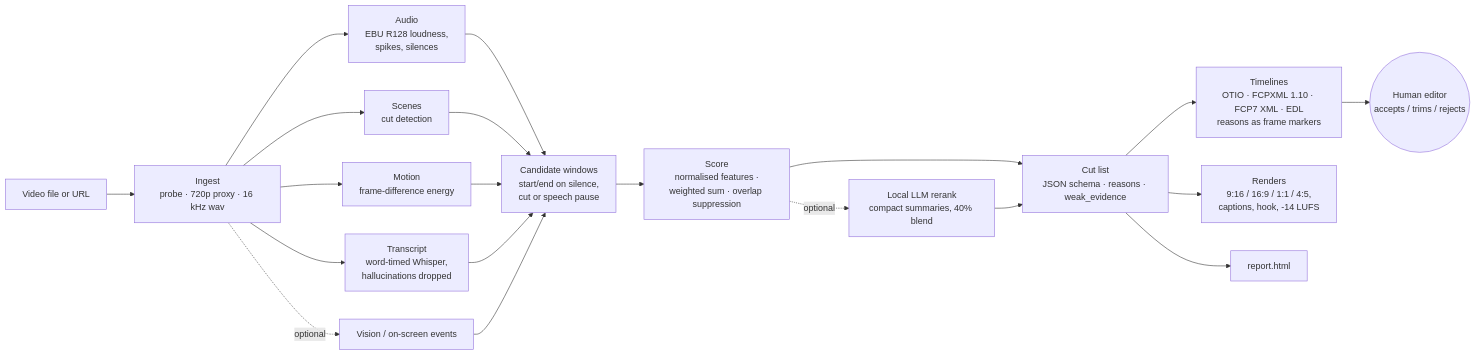
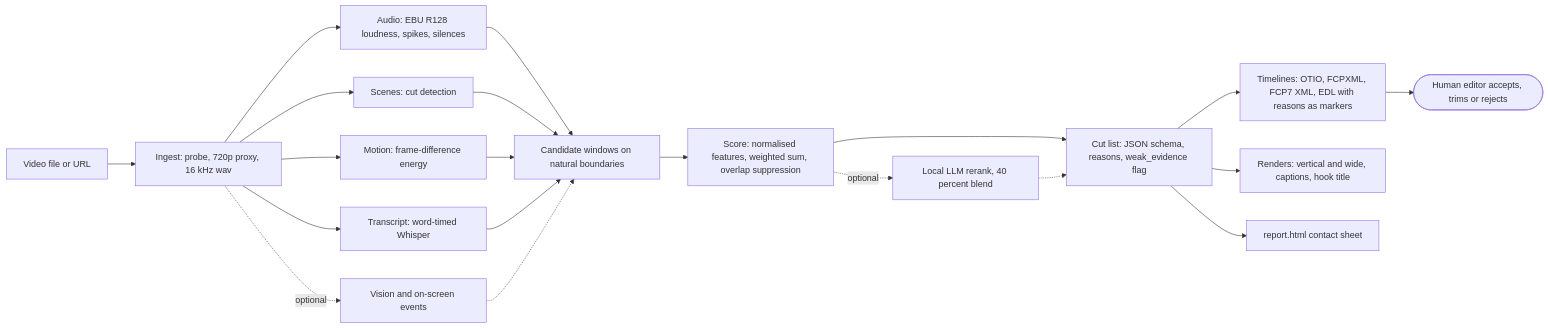
Before and after one commit to Martin-crypto/luter-video-agent-showcase: the diagram in README.md, drawn with Mermaid.

Commit message:
Fix architecture diagram

````diff
--- a/README.md
+++ b/README.md
@@ -73,18 +73,22 @@
 ```mermaid
 flowchart LR
-    A[Video file or URL] --> B[Ingest<br/>probe · 720p proxy · 16 kHz wav]
-    B --> C1[Audio<br/>EBU R128 loudness,<br/>spikes, silences]
-    B --> C2[Scenes<br/>cut detection]
-    B --> C3[Motion<br/>frame-difference energy]
-    B --> C4[Transcript<br/>word-timed Whisper,<br/>hallucinations dropped]
-    B -. optional .-> C5[Vision / on-screen events]
-    C1 & C2 & C3 & C4 & C5 --> D[Candidate windows<br/>start/end on silence,<br/>cut or speech pause]
-    D --> E[Score<br/>normalised features ·<br/>weighted sum · overlap suppression]
-    E -. optional .-> R[Local LLM rerank<br/>compact summaries, 40% blend]
-    E --> F[Cut list<br/>JSON schema · reasons · weak_evidence]
-    R --> F
-    F --> G1[Timelines<br/>OTIO · FCPXML 1.10 · FCP7 XML · EDL<br/>reasons as frame markers]
-    F --> G2[Renders<br/>9:16 / 16:9 / 1:1 / 4:5,<br/>captions, hook, -14 LUFS]
-    F --> G3[report.html]
-    G1 --> H((Human editor<br/>accepts / trims / rejects))
+    A["Video file or URL"] --> B["Ingest: probe, 720p proxy, 16 kHz wav"]
+    B --> C1["Audio: EBU R128 loudness, spikes, silences"]
+    B --> C2["Scenes: cut detection"]
+    B --> C3["Motion: frame-difference energy"]
+    B --> C4["Transcript: word-timed Whisper"]
+    B -.->|optional| C5["Vision and on-screen events"]
+    C1 --> D["Candidate windows on natural boundaries"]
+    C2 --> D
+    C3 --> D
+    C4 --> D
+    C5 -.-> D
+    D --> E["Score: normalised features, weighted sum, overlap suppression"]
+    E -.->|optional| R["Local LLM rerank, 40 percent blend"]
+    E --> F["Cut list: JSON schema, reasons, weak_evidence flag"]
+    R -.-> F
+    F --> G1["Timelines: OTIO, FCPXML, FCP7 XML, EDL with reasons as markers"]
+    F --> G2["Renders: vertical and wide, captions, hook title"]
+    F --> G3["report.html contact sheet"]
+    G1 --> H(["Human editor accepts, trims or rejects"])
 ```
````
